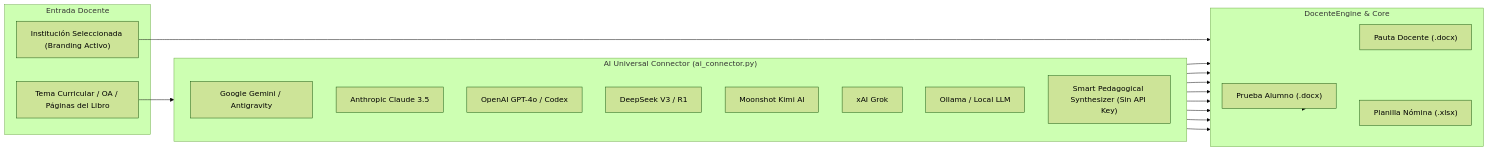
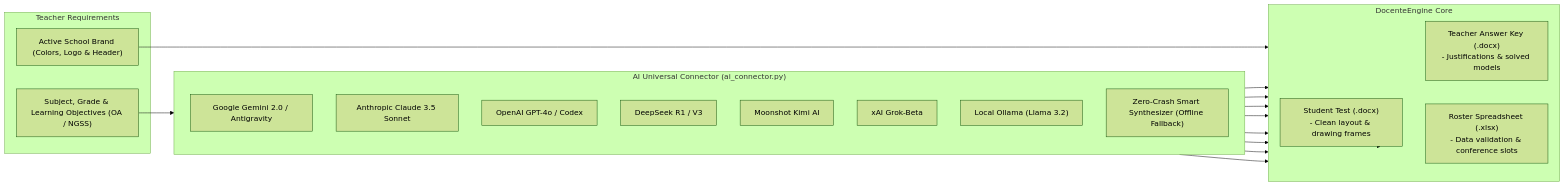
Before and after one commit to JackStar6677-1/edudocente-studio: the diagram in README.md, drawn with Mermaid (forest theme). The commit also changed other lines of this file and 1 other file, not shown here.

````diff
--- a/README.md
+++ b/README.md
@@ -59,32 +75,32 @@
 ```mermaid
 flowchart LR
-    subgraph USER_INPUT ["Entrada Docente"]
-        TOPIC["Tema Curricular / OA / Páginas del Libro"]
-        INST["Institución Seleccionada (Branding Activo)"]
+    subgraph INPUT ["Teacher Requirements"]
+        TOPIC["Subject, Grade & Learning Objectives (OA / NGSS)"]
+        INST["Active School Brand (Colors, Logo & Header)"]
     end
 
-    subgraph AI_ROUTER ["AI Universal Connector (ai_connector.py)"]
+    subgraph ROUTER ["AI Universal Connector (ai_connector.py)"]
         direction TB
-        G["Google Gemini / Antigravity"]
-        C["Anthropic Claude 3.5"]
+        G["Google Gemini 2.0 / Antigravity"]
+        C["Anthropic Claude 3.5 Sonnet"]
         O["OpenAI GPT-4o / Codex"]
-        D["DeepSeek V3 / R1"]
+        D["DeepSeek R1 / V3"]
         K["Moonshot Kimi AI"]
-        X["xAI Grok"]
-        L["Ollama / Local LLM"]
-        MOCK["Smart Pedagogical Synthesizer (Sin API Key)"]
+        X["xAI Grok-Beta"]
+        L["Local Ollama (Llama 3.2)"]
+        MOCK["Zero-Crash Smart Synthesizer (Offline Fallback)"]
     end
 
-    subgraph ENGINE_RENDER ["DocenteEngine & Core"]
-        W_EST["Prueba Alumno (.docx)"]
-        W_PAU["Pauta Docente (.docx)"]
-        XLS["Planilla Nómina (.xlsx)"]
+    subgraph COMPILE ["DocenteEngine Core"]
+        W_EST["Student Test (.docx)\n- Clean layout & drawing frames"]
+        W_PAU["Teacher Answer Key (.docx)\n- Justifications & solved models"]
+        XLS["Roster Spreadsheet (.xlsx)\n- Data validation & conference slots"]
     end
 
-    TOPIC --> AI_ROUTER
-    INST --> ENGINE_RENDER
-    G & C & O & D & K & X & L & MOCK --> ENGINE_RENDER
-    ENGINE_RENDER --> W_EST
-    ENGINE_RENDER --> W_PAU
-    ENGINE_RENDER --> XLS
+    TOPIC --> ROUTER
+    INST --> COMPILE
+    G & C & O & D & K & X & L & MOCK --> COMPILE
+    COMPILE --> W_EST
+    COMPILE --> W_PAU
+    COMPILE --> XLS
 ```
````
